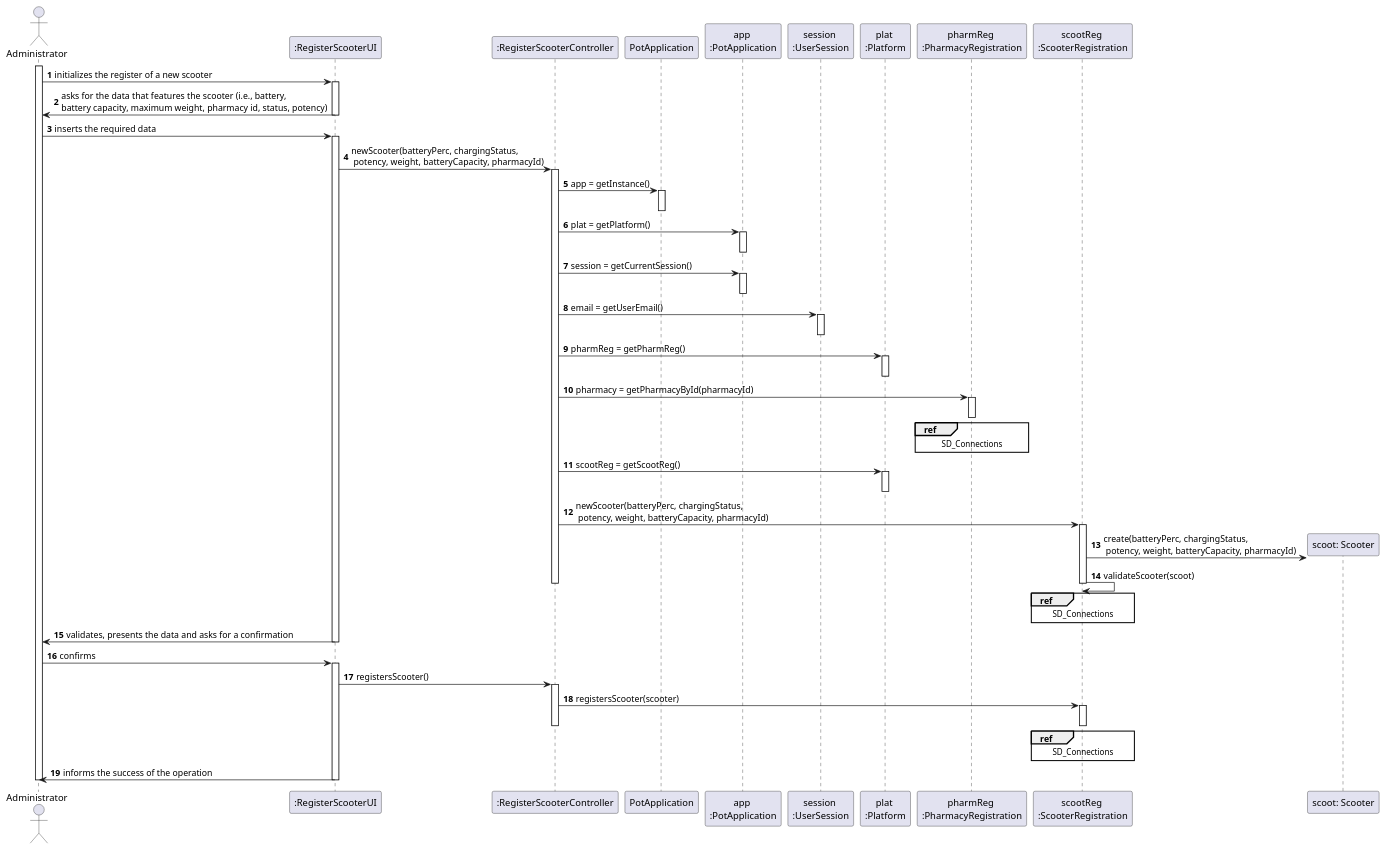
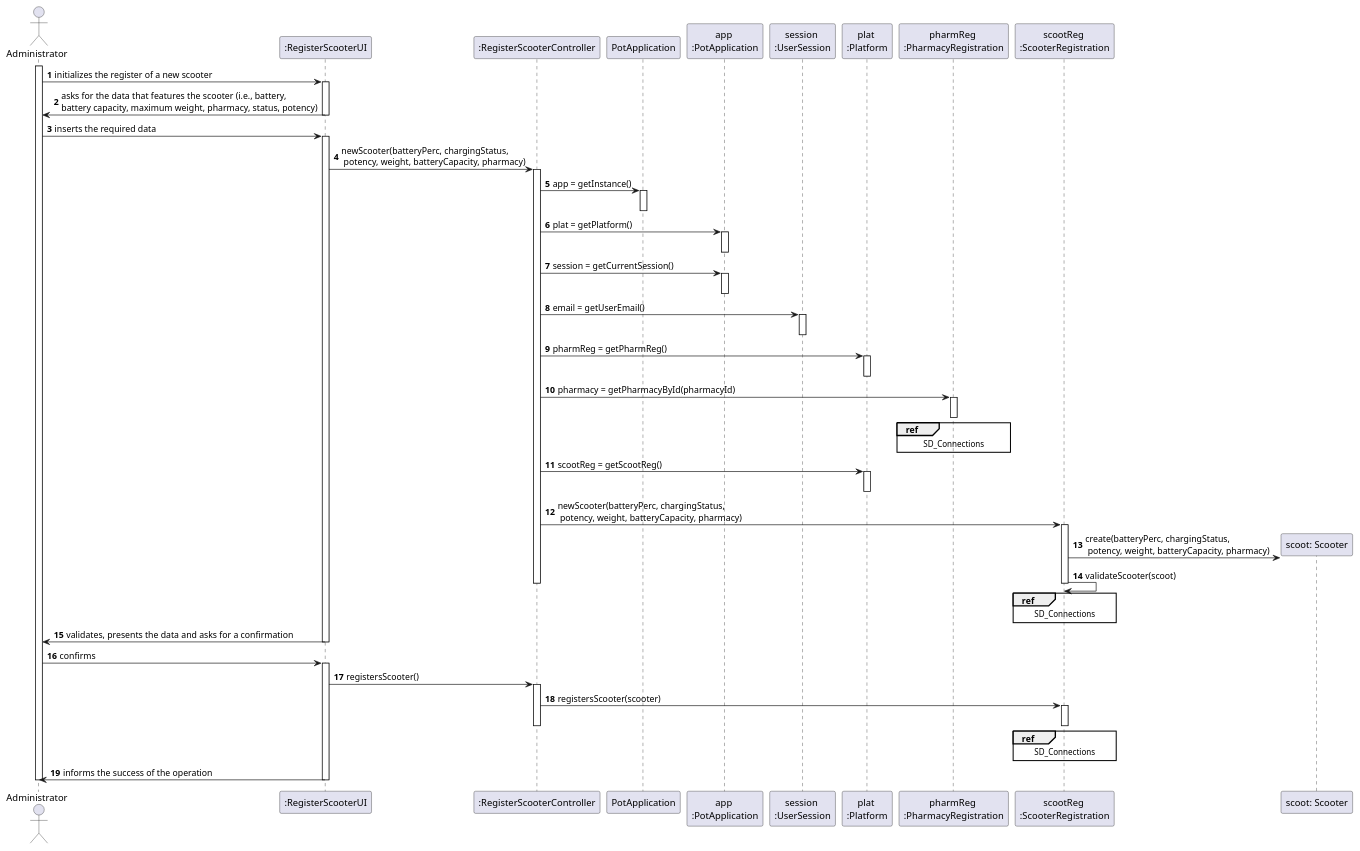
One commit to tiagoavcosta25/LAPR3 changed the diagram in docs/Iteration 1/Scooter Management/US21_RegisterScooter/US21_SD.puml. Above: the diagram before and after it, drawn with PlantUML. The commit also changed 10 other files, not shown here.

```diff
--- a/docs/Iteration 1/Scooter Management/US21_RegisterScooter/US21_SD.puml
+++ b/docs/Iteration 1/Scooter Management/US21_RegisterScooter/US21_SD.puml
@@ -1,82 +1,82 @@
 @startuml
 autonumber
 actor "Administrator" as ADMIN
 
 participant ":RegisterScooterUI" as UI
 participant ":RegisterScooterController" as CTRL
 participant "PotApplication" as PA
 participant "app \n:PotApplication" as APA
 participant "session \n:UserSession" as US
 participant "plat \n:Platform" as PLAT
 participant "pharmReg \n:PharmacyRegistration" as PH
 participant "scootReg \n:ScooterRegistration" as RS
 participant "scoot: Scooter" as SC
 
 
 
 activate ADMIN
 
 ADMIN -> UI : initializes the register of a new scooter
 activate UI
-UI -> ADMIN : asks for the data that features the scooter (i.e., battery, \nbattery capacity, maximum weight, pharmacy id, status, potency)
+UI -> ADMIN : asks for the data that features the scooter (i.e., battery, \nbattery capacity, maximum weight, pharmacy, status, potency)
 deactivate UI
 
 ADMIN -> UI : inserts the required data
 activate UI
-UI -> CTRL : newScooter(batteryPerc, chargingStatus,\n potency, weight, batteryCapacity, pharmacyId)
+UI -> CTRL : newScooter(batteryPerc, chargingStatus,\n potency, weight, batteryCapacity, pharmacy)
 activate CTRL
 CTRL -> PA : app = getInstance()
 activate PA
 deactivate PA
 CTRL -> APA : plat = getPlatform()
 activate APA
 deactivate APA
 CTRL -> APA : session = getCurrentSession()
 activate APA
 deactivate APA
 CTRL -> US : email = getUserEmail()
 activate US
 deactivate US
 CTRL -> PLAT : pharmReg = getPharmReg()
 activate PLAT
 deactivate PLAT
 CTRL -> PH : pharmacy = getPharmacyById(pharmacyId)
 activate PH
 ref over PH
 SD_Connections
 end ref
 deactivate PH
 CTRL -> PLAT : scootReg = getScootReg()
 activate PLAT
 deactivate PLAT
-CTRL -> RS : newScooter(batteryPerc, chargingStatus,\n potency, weight, batteryCapacity, pharmacyId)
+CTRL -> RS : newScooter(batteryPerc, chargingStatus,\n potency, weight, batteryCapacity, pharmacy)
 activate RS
-RS -> SC ** : create(batteryPerc, chargingStatus,\n potency, weight, batteryCapacity, pharmacyId)
+RS -> SC ** : create(batteryPerc, chargingStatus,\n potency, weight, batteryCapacity, pharmacy)
 RS -> RS : validateScooter(scoot)
 ref over RS
 SD_Connections
 end ref
 deactivate RS
 deactivate CTRL
 
 
 UI -> ADMIN : validates, presents the data and asks for a confirmation
 deactivate UI
 
 ADMIN -> UI : confirms
 activate UI
 UI -> CTRL : registersScooter()
 activate CTRL
 CTRL -> RS : registersScooter(scooter)
 activate RS
 ref over RS
 SD_Connections
 end ref
 deactivate RS
 deactivate CTRL
 UI -> ADMIN : informs the success of the operation
 deactivate UI
 
 deactivate ADMIN
 
 @enduml
```
